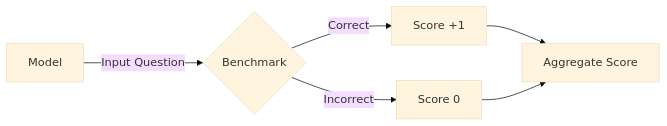
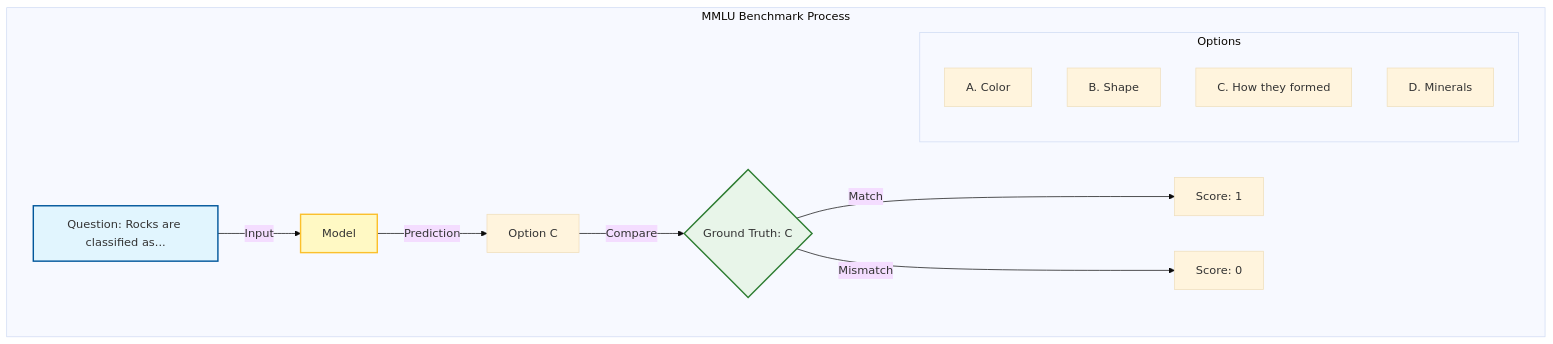
Before and after one commit to harshitha-8/Tech-Demystified: the first of 3 diagrams in articles/007-model-evaluation.md, drawn with Mermaid (base theme). The commit also changed other lines of this file, not shown here.

Commit message:
Enhance diagrams in 007-model-evaluation.md

````diff
--- a/articles/007-model-evaluation.md
+++ b/articles/007-model-evaluation.md
@@ -50,8 +50,23 @@
 ```mermaid
-graph LR
-    A[Model] -->|Input Question| B{Benchmark}
-    B -->|Correct| C[Score +1]
-    B -->|Incorrect| D[Score 0]
-    C --> E[Aggregate Score]
-    D --> E
+graph TD
+    subgraph "MMLU Benchmark Process"
+    Q[Question: Rocks are classified as...] -->|Input| M[Model]
+    
+    subgraph "Options"
+    O1[A. Color]
+    O2[B. Shape]
+    O3[C. How they formed]
+    O4[D. Minerals]
+    end
+    
+    M -->|Prediction| P[Option C]
+    
+    P -->|Compare| GT{Ground Truth: C}
+    GT -->|Match| S1[Score: 1]
+    GT -->|Mismatch| S0[Score: 0]
+    end
+    
+    style Q fill:#e1f5fe,stroke:#01579b,stroke-width:2px
+    style M fill:#fff9c4,stroke:#fbc02d,stroke-width:2px
+    style GT fill:#e8f5e9,stroke:#2e7d32,stroke-width:2px
 ```
````
